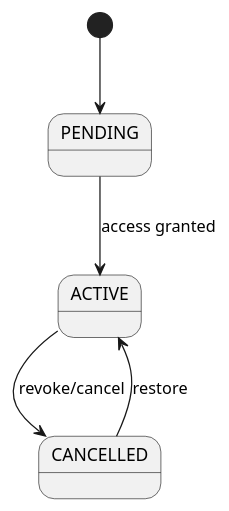
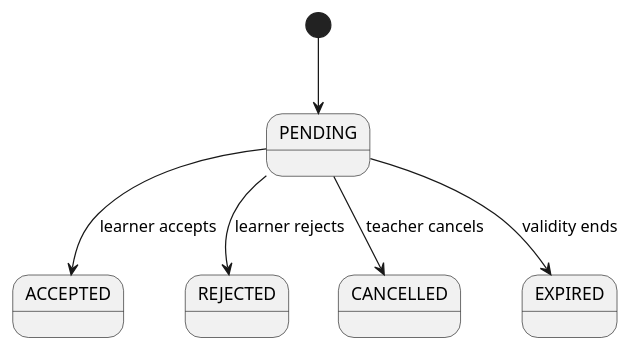
One commit to mohammedJaffal/skool changed the ninth of 10 diagrams in docs/SOFTWARE_CONCEPTION.md. Above: the diagram before and after it, drawn with PlantUML. The commit also changed other lines of this file and 2 other files, not shown here.

Commit message:
Align software conception with UML reference PDF

````diff
--- a/docs/SOFTWARE_CONCEPTION.md
+++ b/docs/SOFTWARE_CONCEPTION.md
@@ -823,8 +1039,9 @@
 ```plantuml
 @startuml
 [*] --> PENDING
-PENDING --> ACTIVE : access granted
-ACTIVE --> CANCELLED : revoke/cancel
-CANCELLED --> ACTIVE : restore
+PENDING --> ACCEPTED : learner accepts
+PENDING --> REJECTED : learner rejects
+PENDING --> CANCELLED : teacher cancels
+PENDING --> EXPIRED : validity ends
 @enduml
 ```
````
